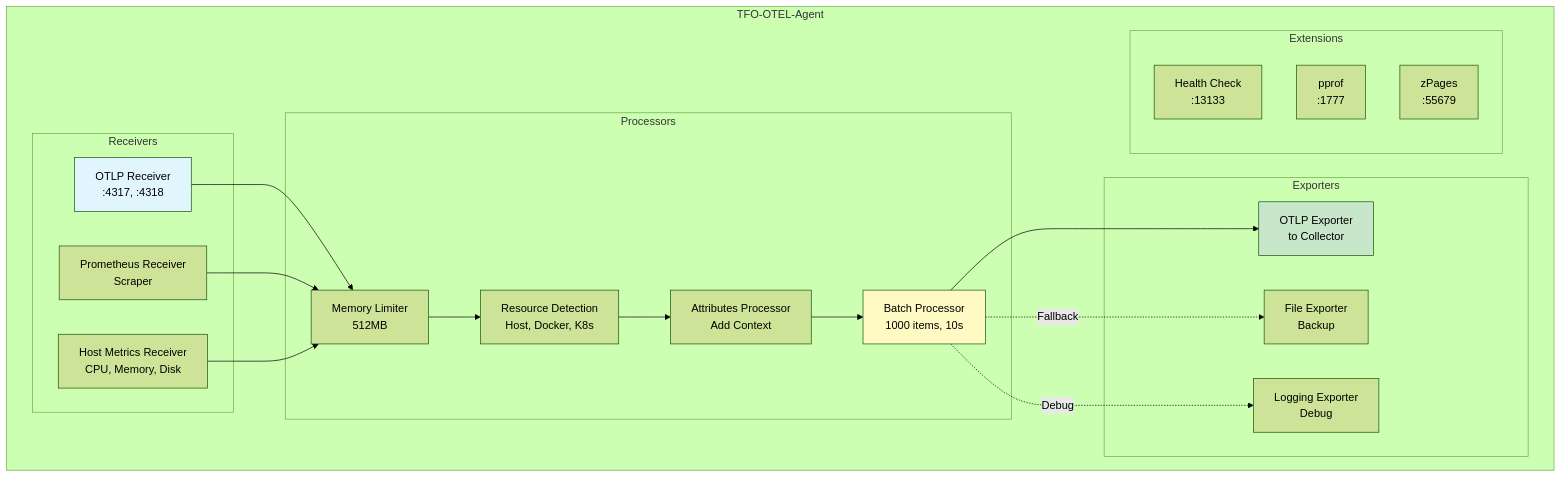
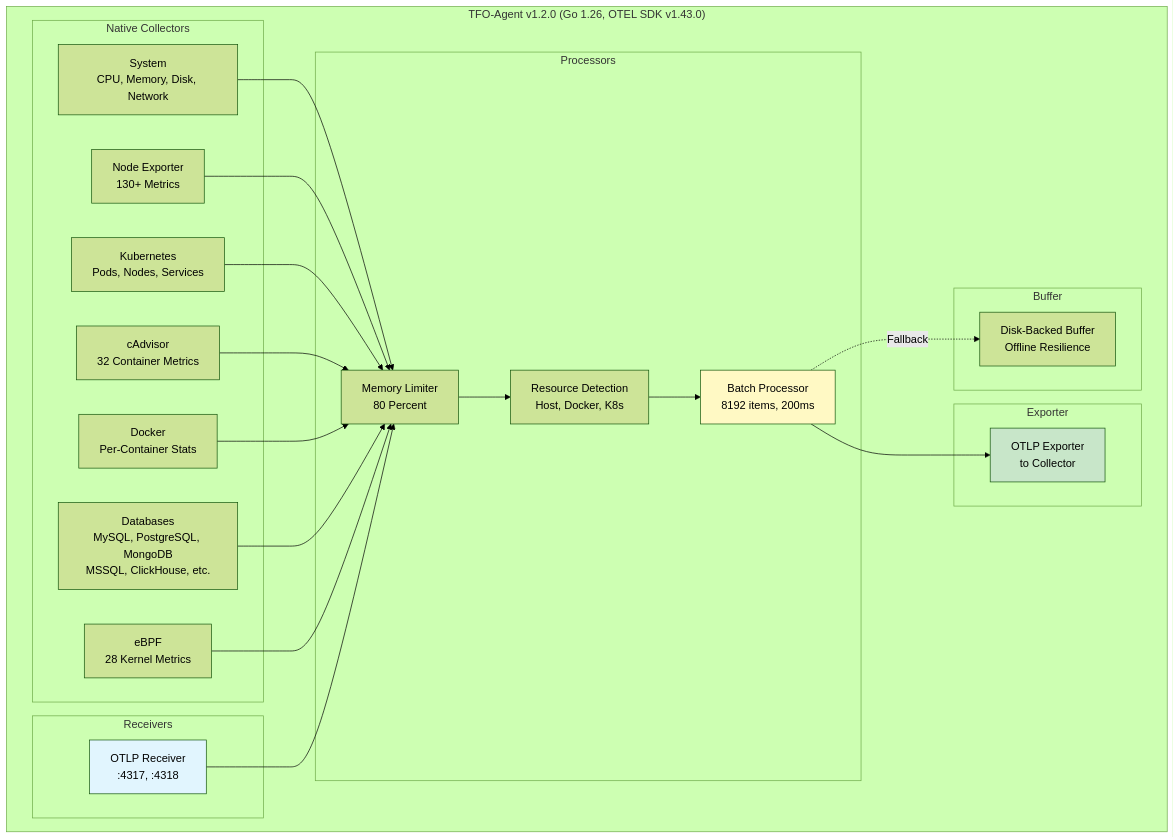
Before and after one commit to telemetryflow/telemetryflow-overview: the second of 12 diagrams in tfo-otel/ARCHITECTURE.md, drawn with Mermaid (forest theme). The commit also changed other lines of this file and 68 other files, not shown here.

````diff
--- a/tfo-otel/ARCHITECTURE.md
+++ b/tfo-otel/ARCHITECTURE.md
@@ -111,41 +107,42 @@
 ```mermaid
 graph TB
-    subgraph "TFO-OTEL-Agent"
+    subgraph "TFO-Agent v1.2.0 (Go 1.26, OTEL SDK v1.43.0)"
+        subgraph "Native Collectors"
+            RC_SYS[System<br/>CPU, Memory, Disk, Network]
+            RC_NODE[Node Exporter<br/>130+ Metrics]
+            RC_K8S[Kubernetes<br/>Pods, Nodes, Services]
+            RC_CAD[cAdvisor<br/>32 Container Metrics]
+            RC_DOCKER[Docker<br/>Per-Container Stats]
+            RC_DB[Databases<br/>MySQL, PostgreSQL, MongoDB<br/>MSSQL, ClickHouse, etc.]
+            RC_EBPF[eBPF<br/>28 Kernel Metrics]
+        end
+
         subgraph "Receivers"
             R_OTLP[OTLP Receiver<br/>:4317, :4318]
-            R_PROM[Prometheus Receiver<br/>Scraper]
-            R_HOST[Host Metrics Receiver<br/>CPU, Memory, Disk]
         end
 
         subgraph "Processors"
-            P_BATCH[Batch Processor<br/>1000 items, 10s]
-            P_MEM[Memory Limiter<br/>512MB]
-            P_ATTR[Attributes Processor<br/>Add Context]
+            P_BATCH[Batch Processor<br/>8192 items, 200ms]
+            P_MEM[Memory Limiter<br/>80 Percent]
             P_RES[Resource Detection<br/>Host, Docker, K8s]
         end
 
-        subgraph "Exporters"
-            E_COLL[OTLP Exporter<br/>to Collector]
-            E_FILE[File Exporter<br/>Backup]
-            E_LOG[Logging Exporter<br/>Debug]
+        subgraph "Exporter"
+            E_OTLP[OTLP Exporter<br/>to Collector]
         end
 
-        subgraph "Extensions"
-            EXT_HEALTH[Health Check<br/>:13133]
-            EXT_PPROF[pprof<br/>:1777]
-            EXT_ZPAGE[zPages<br/>:55679]
+        subgraph "Buffer"
+            BUF[Disk-Backed Buffer<br/>Offline Resilience]
         end
     end
 
-    R_OTLP & R_PROM & R_HOST --> P_MEM
-    P_MEM --> P_RES
-    P_RES --> P_ATTR
-    P_ATTR --> P_BATCH
-    P_BATCH --> E_COLL
-    P_BATCH -.->|Fallback| E_FILE
-    P_BATCH -.->|Debug| E_LOG
+    RC_SYS & RC_NODE & RC_K8S & RC_CAD & RC_DOCKER & RC_DB & RC_EBPF --> P_MEM
+    R_OTLP --> P_MEM
+    P_MEM --> P_RES --> P_BATCH
+    P_BATCH --> E_OTLP
+    P_BATCH -.->|Fallback| BUF
 
     style R_OTLP fill:#E1F5FE
     style P_BATCH fill:#FFF9C4
-    style E_COLL fill:#C8E6C9
+    style E_OTLP fill:#C8E6C9
 ```
````
